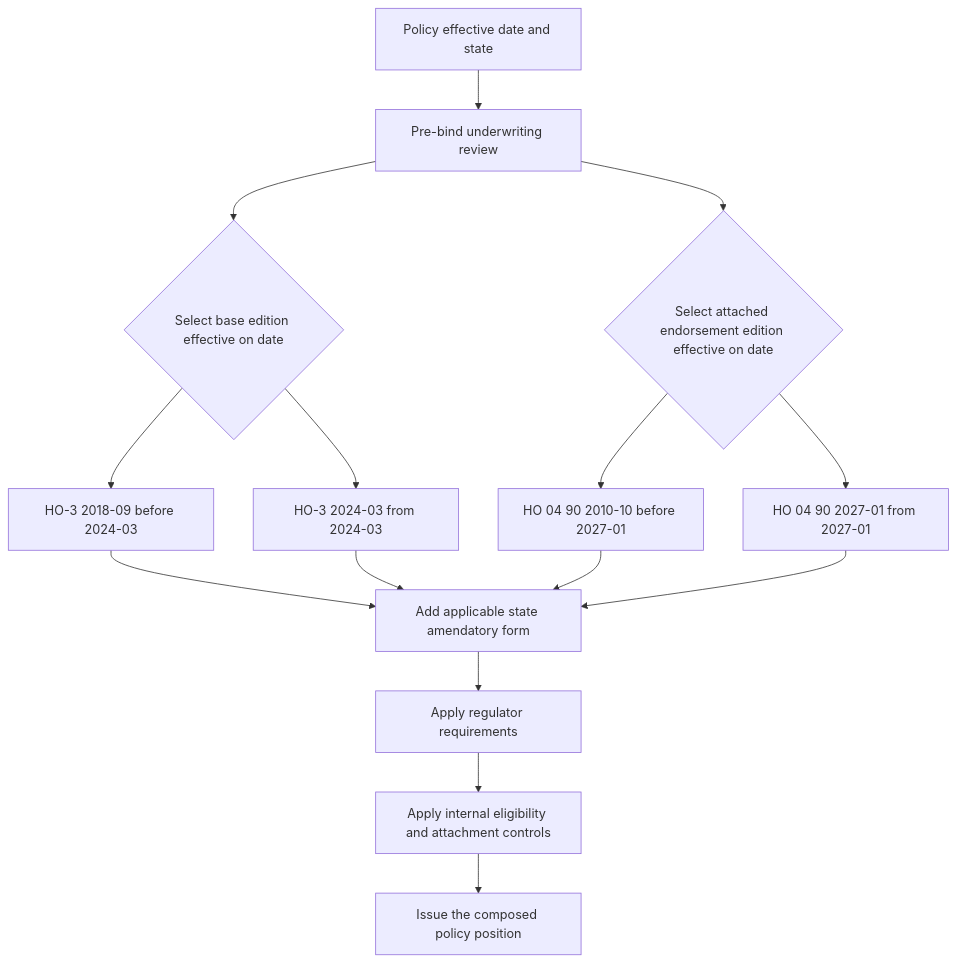
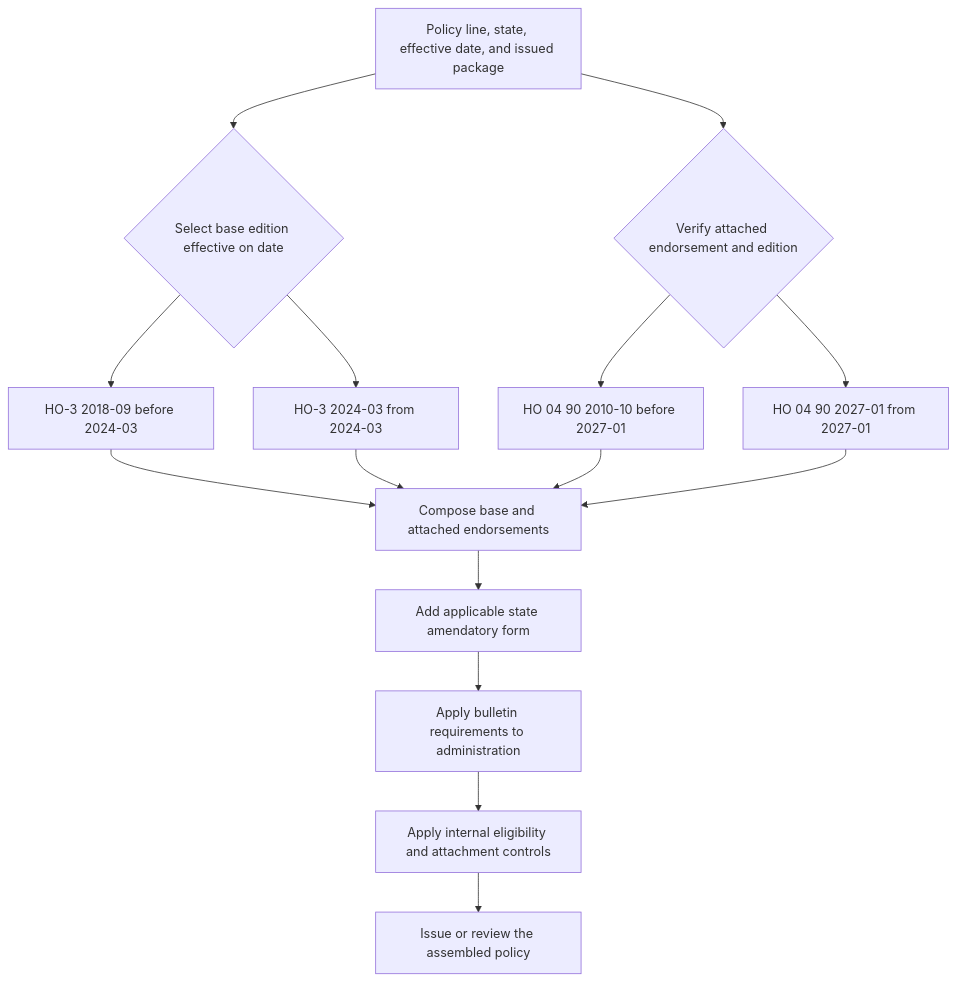
The diagram in openwiki/policy-assembly/editions-and-state-attachments.md (eugeneliu-86/openwiki-insurance-corpus), drawn with Mermaid before and after one commit. The commit also changed other lines of this file and 75 other files, not shown here.

````diff
--- a/openwiki/policy-assembly/editions-and-state-attachments.md
+++ b/openwiki/policy-assembly/editions-and-state-attachments.md
@@ -58,17 +71,17 @@
 ```mermaid
 flowchart TD
-    A["Policy effective date and state"] --> U["Pre-bind underwriting review"]
-    U --> B{"Select base edition effective on date"}
+    A["Policy line, state, effective date, and issued package"] --> B{"Select base edition effective on date"}
     B --> B18["HO-3 2018-09 before 2024-03"]
     B --> B24["HO-3 2024-03 from 2024-03"]
-    U --> E{"Select attached endorsement edition effective on date"}
+    A --> E{"Verify attached endorsement and edition"}
     E --> E10["HO 04 90 2010-10 before 2027-01"]
     E --> E27["HO 04 90 2027-01 from 2027-01"]
-    B18 --> S["Add applicable state amendatory form"]
-    B24 --> S
-    E10 --> S
-    E27 --> S
-    S --> R["Apply regulator requirements"]
-    R --> I["Apply internal eligibility and attachment controls"]
-    I --> P["Issue the composed policy position"]
+    B18 --> C["Compose base and attached endorsements"]
+    B24 --> C
+    E10 --> C
+    E27 --> C
+    C --> S["Add applicable state amendatory form"]
+    S --> R["Apply bulletin requirements to administration"]
+    R --> U["Apply internal eligibility and attachment controls"]
+    U --> P["Issue or review the assembled policy"]
 ```
````
